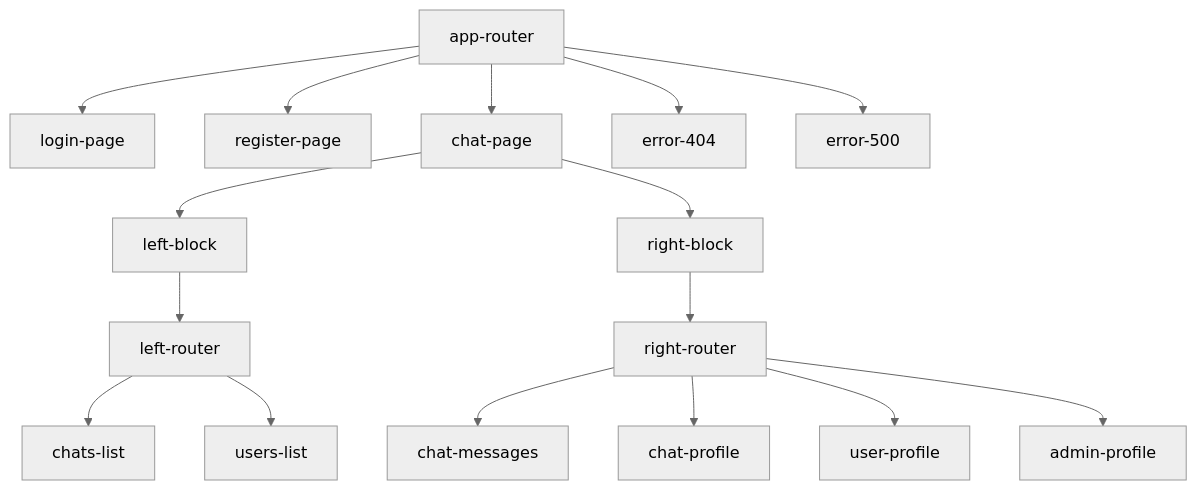
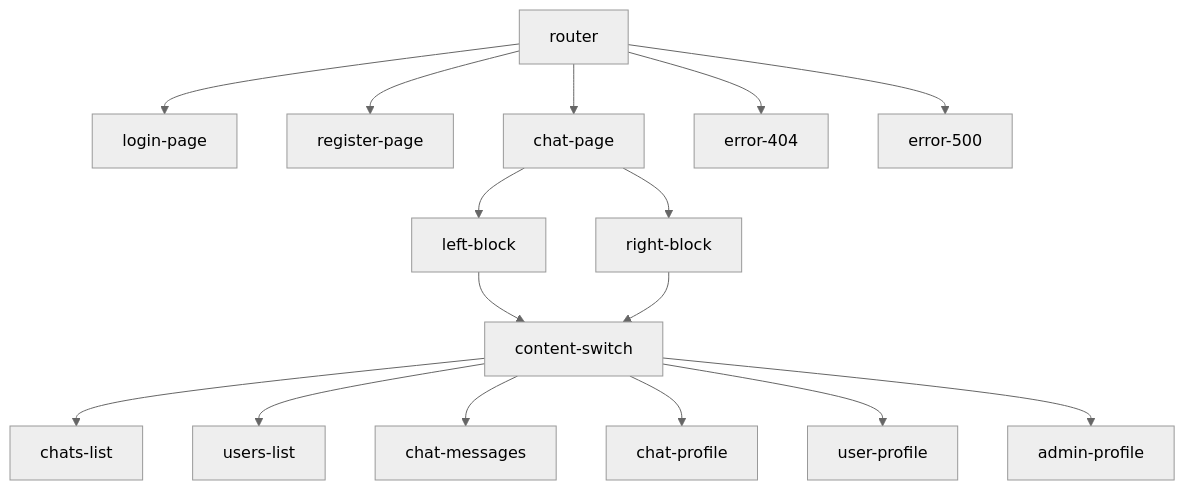
One commit to mrNote23/middle.messenger.praktikum.yandex changed the diagram in README.md. Above: the diagram before and after it, drawn with Mermaid (neutral theme). The commit also changed other lines of this file and 36 other files, not shown here.

````diff
--- a/README.md
+++ b/README.md
@@ -69,19 +68,19 @@
 ```mermaid
 flowchart TD
-    app-router --> login-page
-    app-router --> register-page
-    app-router --> chat-page
-    app-router --> error-404
-    app-router --> error-500
+    router --> login-page
+    router --> register-page
+    router --> chat-page
+    router --> error-404
+    router --> error-500
     chat-page --> left-block
     chat-page --> right-block
-    left-block --> left-router
-    right-block --> right-router
-    left-router --> chats-list
-    left-router --> users-list
-    right-router --> chat-messages
-    right-router --> chat-profile
-    right-router --> user-profile
-    right-router --> admin-profile
+    left-block --> content-switch
+    content-switch --> chats-list
+    content-switch --> users-list
+    right-block --> content-switch
+    content-switch --> chat-messages
+    content-switch --> chat-profile
+    content-switch --> user-profile
+    content-switch --> admin-profile
 
 ```
````
